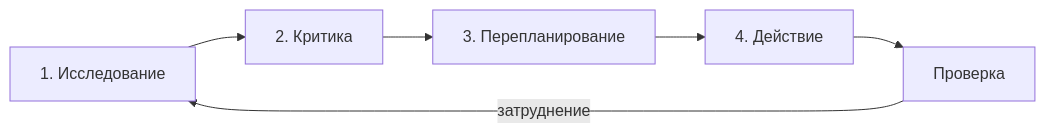
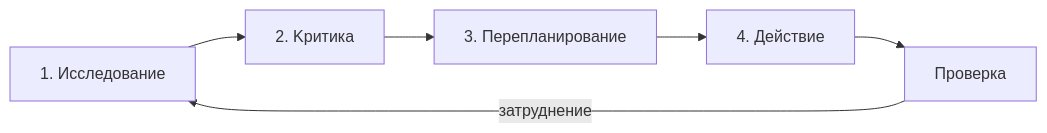
One commit to sthe0/claude-agent-instructions changed the second of 2 diagrams in agents/manager.md. Above: the diagram before and after it, drawn with Mermaid. The commit also changed other lines of this file and 4 other files, not shown here.

````diff
--- a/agents/manager.md
+++ b/agents/manager.md
@@ -106,8 +107,8 @@
 ```mermaid
 flowchart LR
-  I[1. Исследование] --> K[2. Критика]
+  I[1. Исследование] --> K[2. Kритика]
   K --> P[3. Перепланирование]
   P --> D[4. Действие]
   D --> V[Проверка]
   V -->|затруднение| I
 ```
````
